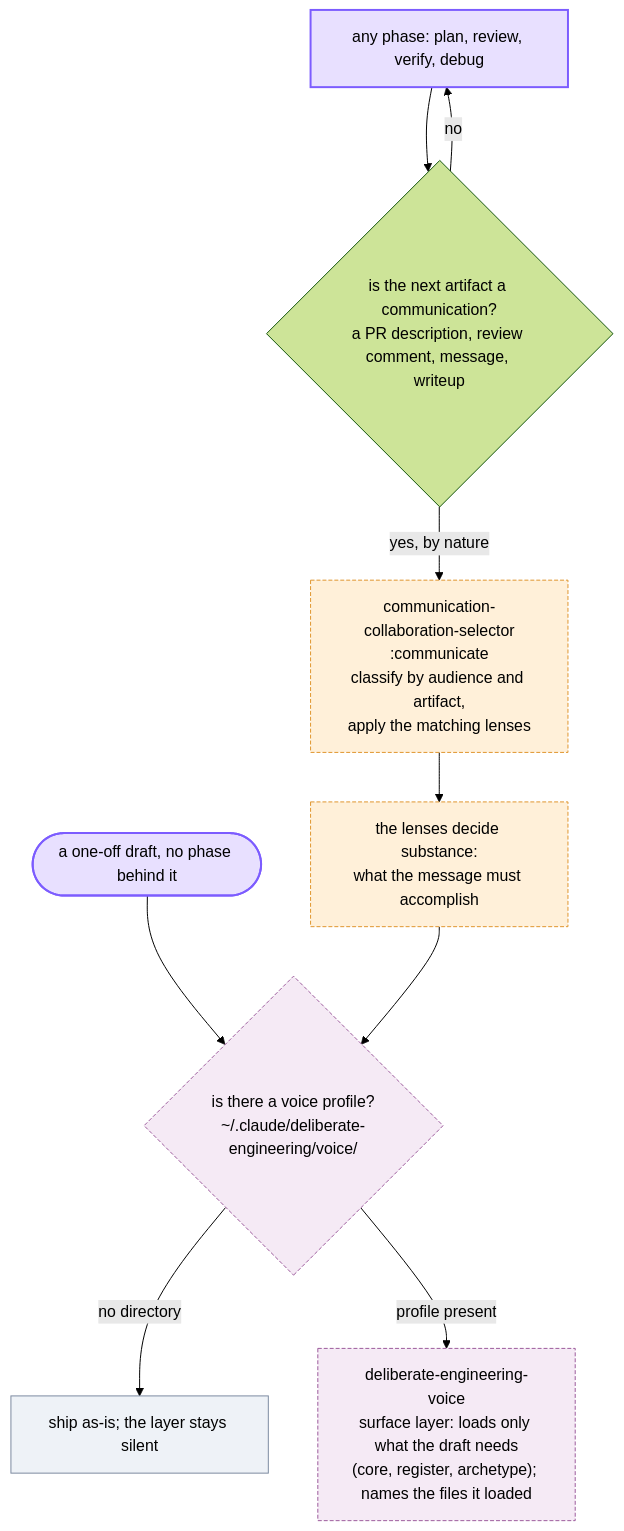
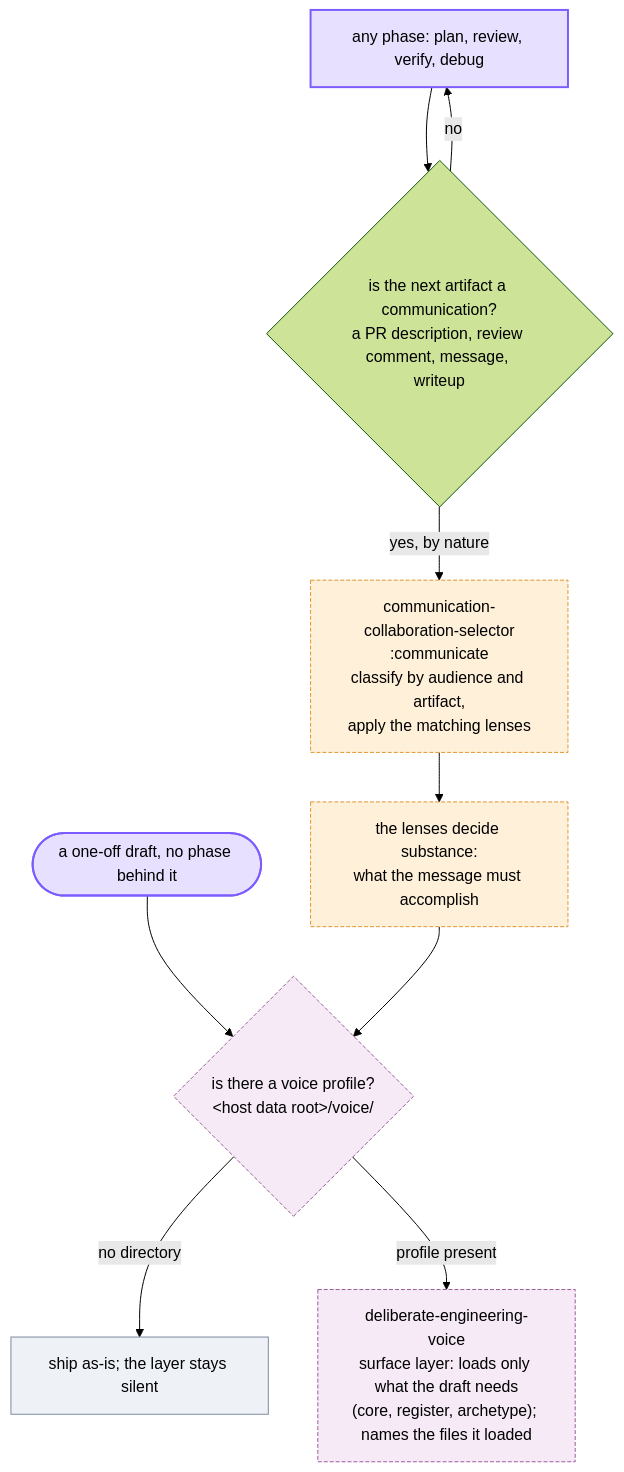
One commit to lucasfugisawa/deliberate-engineering changed the second of 3 diagrams in docs/architecture-and-usage.md. Above: the diagram before and after it, drawn with Mermaid (forest theme). The commit also changed other lines of this file and 54 other files, not shown here.

````diff
--- a/docs/architecture-and-usage.md
+++ b/docs/architecture-and-usage.md
@@ -69,30 +84,30 @@
 ```mermaid
 flowchart TD
     phase["any phase: plan, review, verify, debug"]
     artifact{"is the next artifact a communication?<br/>a PR description, review comment, message, writeup"}
     comms["communication-collaboration-selector<br/>:communicate<br/>classify by audience and artifact,<br/>apply the matching lenses"]
     substance["the lenses decide substance:<br/>what the message must accomplish"]
-    voice{"is there a voice profile?<br/>~/.claude/deliberate-engineering/voice/"}
+    voice{"is there a voice profile?<br/>&lt;host data root&gt;/voice/"}
     silent["ship as-is; the layer stays silent"]
     profile["deliberate-engineering-voice<br/>surface layer: loads only what the draft needs<br/>(core, register, archetype); names the files it loaded"]
 
     oneoff(["a one-off draft, no phase behind it"])
 
     phase --> artifact
     artifact -->|no| phase
     oneoff --> voice
     artifact -->|yes, by nature| comms
     comms --> substance
     substance --> voice
     voice -->|no directory| silent
     voice -->|profile present| profile
 
     classDef entry fill:#e8e0ff,stroke:#7c5cff,stroke-width:2px;
     classDef comms fill:#fff0d9,stroke:#e0962e,stroke-width:1px,stroke-dasharray:4 2;
     classDef voice fill:#f5eaf5,stroke:#9c5c9c,stroke-width:1px,stroke-dasharray:4 2;
     classDef plain fill:#eef2f7,stroke:#7c8aa0,stroke-width:1px;
     class phase,oneoff entry
     class comms,substance comms
     class voice,profile voice
     class silent plain
 ```
````
